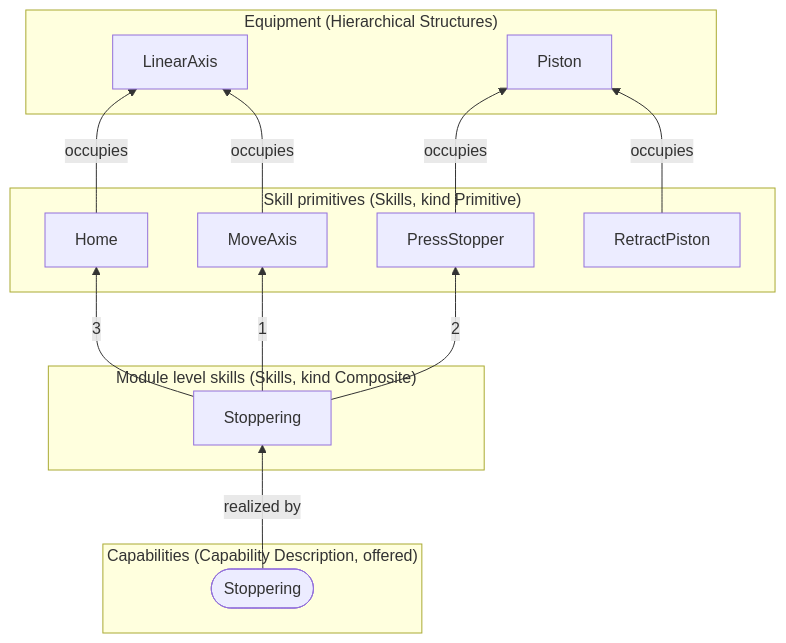
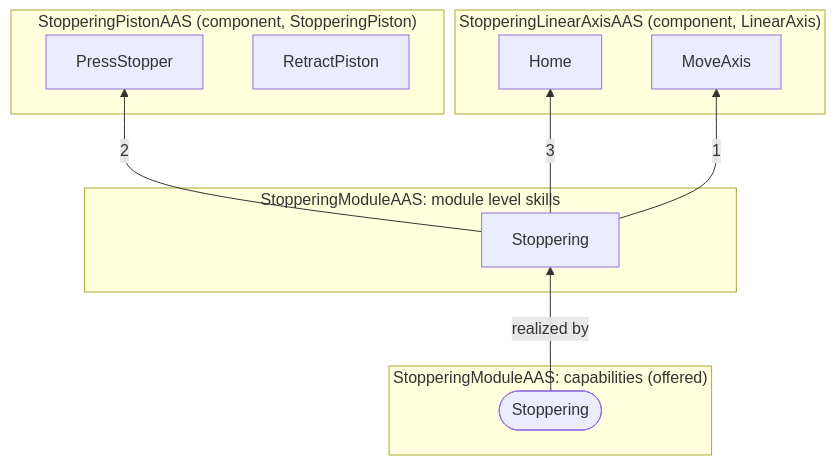
The sixth of 9 diagrams in docs/aas-examples.md (AAUSmartProductionLab/iec61499-mgmt-py), drawn with Mermaid before and after one commit. The commit also changed other lines of this file and 5 other files, not shown here.

````diff
--- a/docs/aas-examples.md
+++ b/docs/aas-examples.md
@@ -391,27 +447,21 @@
 ```mermaid
 flowchart BT
-  subgraph EQ_StopperingModuleAAS["Equipment (Hierarchical Structures)"]
-    StopperingModuleAASLinearAxis["LinearAxis"]
-    StopperingModuleAASPiston["Piston"]
+  subgraph StopperingLinearAxisAAS["StopperingLinearAxisAAS (component, LinearAxis)"]
+    StopperingLinearAxisAASHome["Home"]
+    StopperingLinearAxisAASMoveAxis["MoveAxis"]
   end
-  subgraph PR_StopperingModuleAAS["Skill primitives (Skills, kind Primitive)"]
-    StopperingModuleAASHome["Home"]
-    StopperingModuleAASMoveAxis["MoveAxis"]
-    StopperingModuleAASPressStopper["PressStopper"]
-    StopperingModuleAASRetractPiston["RetractPiston"]
+  subgraph StopperingPistonAAS["StopperingPistonAAS (component, StopperingPiston)"]
+    StopperingPistonAASPressStopper["PressStopper"]
+    StopperingPistonAASRetractPiston["RetractPiston"]
   end
-  subgraph CO_StopperingModuleAAS["Module level skills (Skills, kind Composite)"]
+  subgraph CO_StopperingModuleAAS["StopperingModuleAAS: module level skills"]
     StopperingModuleAASStoppering["Stoppering"]
   end
-  subgraph CA_StopperingModuleAAS["Capabilities (Capability Description, offered)"]
+  subgraph CA_StopperingModuleAAS["StopperingModuleAAS: capabilities (offered)"]
     StopperingModuleAAScapStoppering(["Stoppering"])
   end
-  StopperingModuleAASHome -- occupies --> StopperingModuleAASLinearAxis
-  StopperingModuleAASMoveAxis -- occupies --> StopperingModuleAASLinearAxis
-  StopperingModuleAASPressStopper -- occupies --> StopperingModuleAASPiston
-  StopperingModuleAASRetractPiston -- occupies --> StopperingModuleAASPiston
-  StopperingModuleAASStoppering -- "1" --> StopperingModuleAASMoveAxis
-  StopperingModuleAASStoppering -- "2" --> StopperingModuleAASPressStopper
-  StopperingModuleAASStoppering -- "3" --> StopperingModuleAASHome
+  StopperingModuleAASStoppering -- "1" --> StopperingLinearAxisAASMoveAxis
+  StopperingModuleAASStoppering -- "2" --> StopperingPistonAASPressStopper
+  StopperingModuleAASStoppering -- "3" --> StopperingLinearAxisAASHome
   StopperingModuleAAScapStoppering -- realized by --> StopperingModuleAASStoppering
 ```
````
